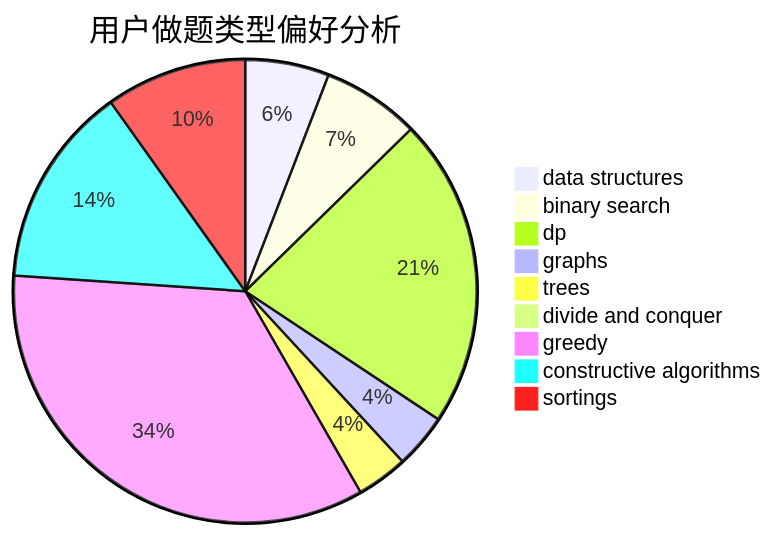
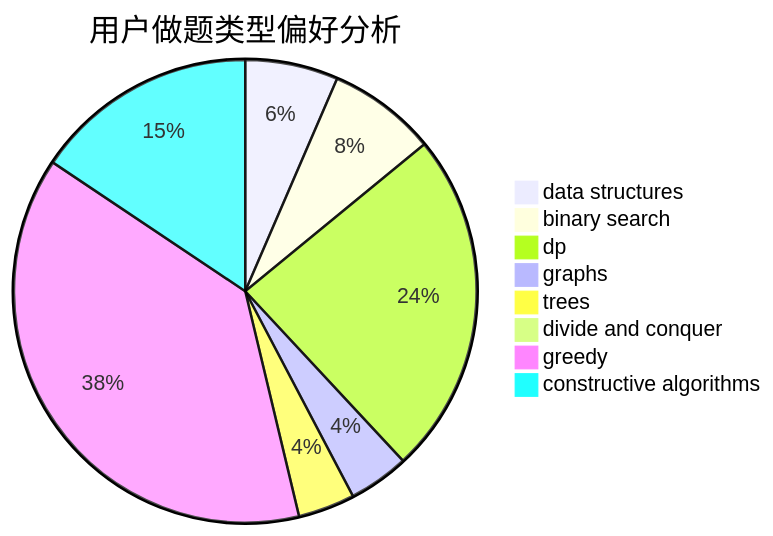
Before and after one commit to sherpahu/cfrs.github.io: the second of 3 diagrams in docs/user/u349.md, drawn with Mermaid. The commit also changed other lines of this file and 2769 other files, not shown here.

````diff
--- a/docs/user/u349.md
+++ b/docs/user/u349.md
@@ -18,12 +18,11 @@
 ```mermaid
 pie title 用户做题类型偏好分析
     "data structures" :  126
     "binary search" :  147
     "dp" :  466
     "graphs" :  82
     "trees" :  77
     "divide and conquer" :  19
     "greedy" :  740
     "constructive algorithms" :  303
-    "sortings" :  212
 ```
````
